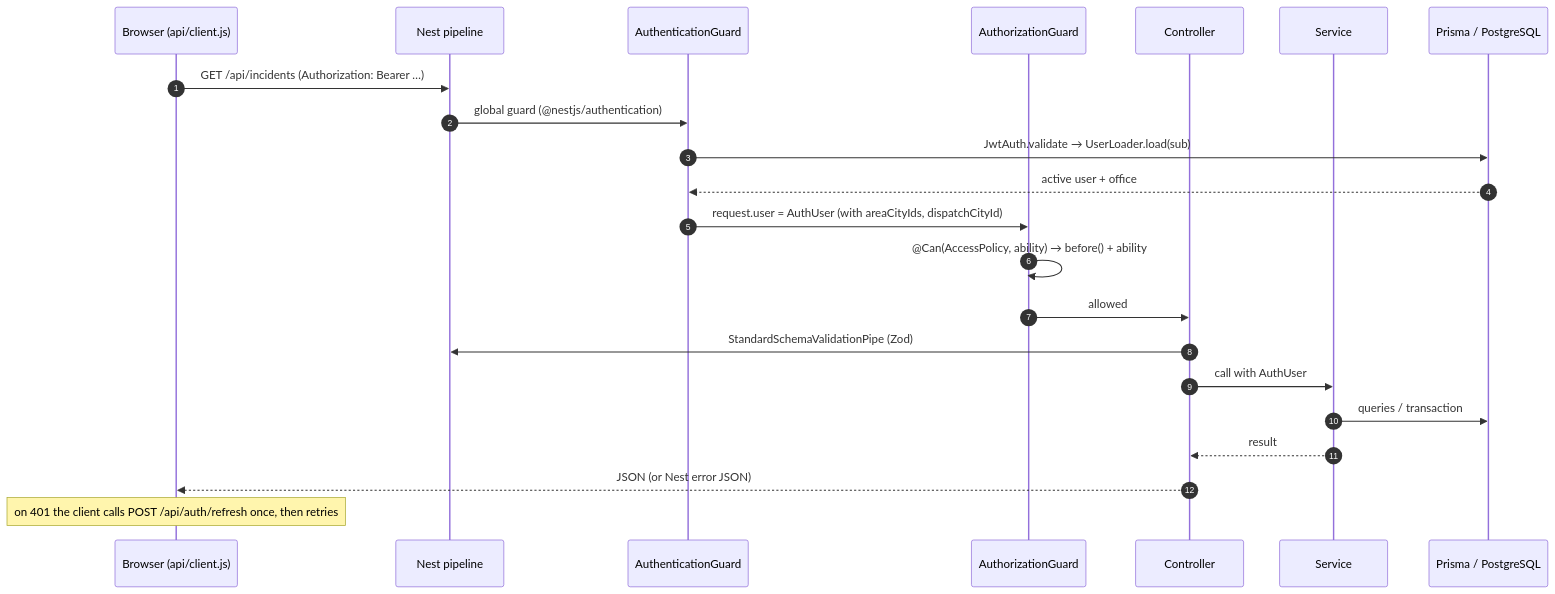
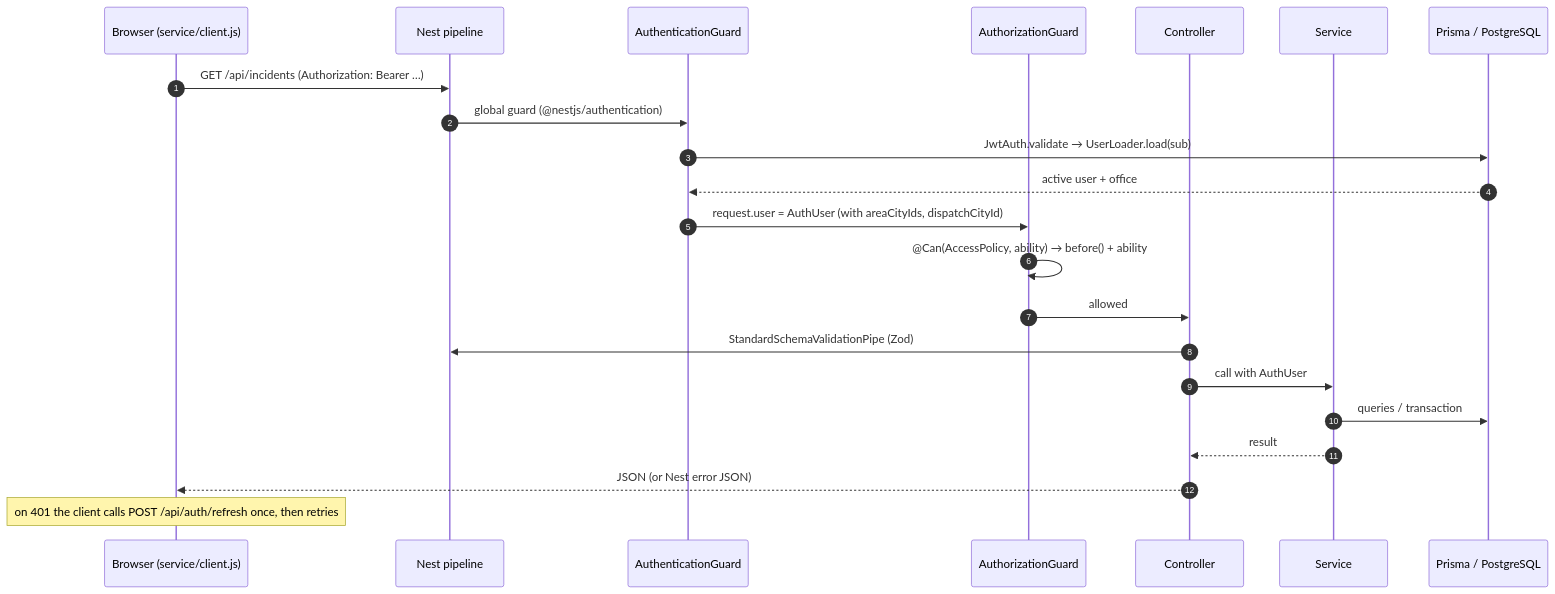
The second of 3 diagrams in docs/architecture/overview.md (geofreybazar/runningcardsystem), drawn with Mermaid before and after one commit. The commit also changed other lines of this file and 177 other files, not shown here.

````diff
--- a/docs/architecture/overview.md
+++ b/docs/architecture/overview.md
@@ -44,24 +44,24 @@
 ```mermaid
 sequenceDiagram
   autonumber
-  participant B as Browser (api/client.js)
+  participant B as Browser (service/client.js)
   participant N as Nest pipeline
   participant G1 as AuthenticationGuard
   participant G2 as AuthorizationGuard
   participant C as Controller
   participant S as Service
   participant P as Prisma / PostgreSQL
   B->>N: GET /api/incidents (Authorization: Bearer …)
   N->>G1: global guard (@nestjs/authentication)
   G1->>P: JwtAuth.validate → UserLoader.load(sub)
   P-->>G1: active user + office
   G1->>G2: request.user = AuthUser (with areaCityIds, dispatchCityId)
   G2->>G2: @Can(AccessPolicy, ability) → before() + ability
   G2->>C: allowed
   C->>N: StandardSchemaValidationPipe (Zod)
   C->>S: call with AuthUser
   S->>P: queries / transaction
   S-->>C: result
   C-->>B: JSON (or Nest error JSON)
   Note over B: on 401 the client calls POST /api/auth/refresh once, then retries
 ```
````
